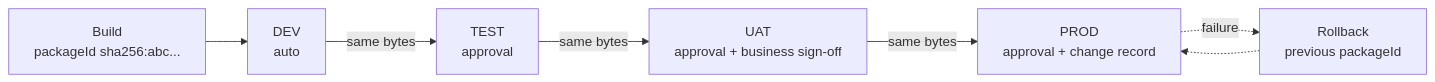
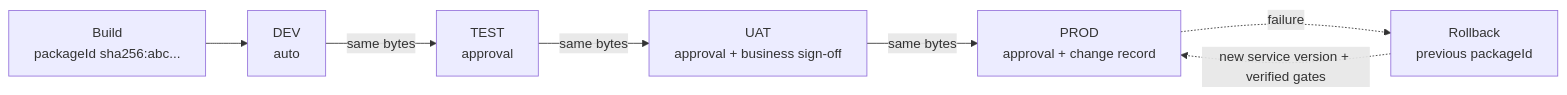
Before and after one commit to rob-mckenna/foundry-prompt-agent-cicd-accelerator: the fifth of 7 diagrams in docs/architecture.md, drawn with Mermaid. The commit also changed other lines of this file and 56 other files, not shown here.

````diff
--- a/docs/architecture.md
+++ b/docs/architecture.md
@@ -160,9 +164,9 @@
 ```mermaid
 flowchart LR
     B["Build<br/>packageId sha256:abc..."] --> D["DEV<br/>auto"]
     D -->|same bytes| T["TEST<br/>approval"]
     T -->|same bytes| U["UAT<br/>approval + business sign-off"]
     U -->|same bytes| P["PROD<br/>approval + change record"]
     P -.->|failure| RB["Rollback<br/>previous packageId"]
-    RB -.-> P
+    RB -.->|new service version + verified gates| P
 ```
````
